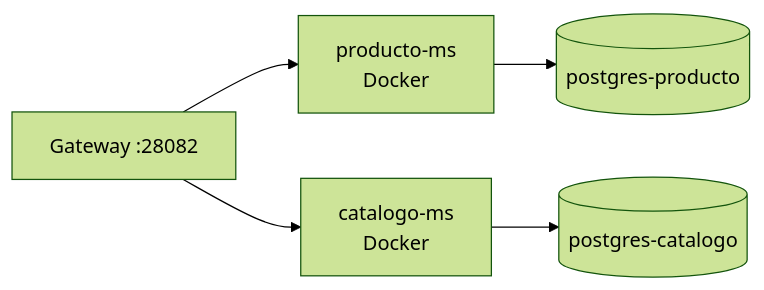
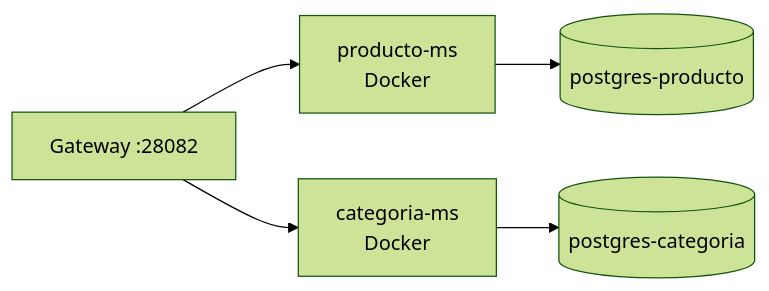
The second of 2 diagrams in docs/sesiones/s01-servicio-base-rest.md (erickmijael17/SmartCampus-Marketplace), drawn with Mermaid (forest theme) before and after one commit. The commit also changed other lines of this file and 23 other files, not shown here.

Commit message:
docs: update frontend and payment flows

````diff
--- a/docs/sesiones/s01-servicio-base-rest.md
+++ b/docs/sesiones/s01-servicio-base-rest.md
@@ -62,12 +62,12 @@
 ```mermaid
 flowchart LR
     GW["Gateway :28082"]
     Producto["producto-ms<br/>Docker"]
-    Catalogo["catalogo-ms<br/>Docker"]
+    Categoria["categoria-ms<br/>Docker"]
     DB1[("postgres-producto")]
-    DB2[("postgres-catalogo")]
+    DB2[("postgres-categoria")]
     GW --> Producto
-    GW --> Catalogo
+    GW --> Categoria
     Producto --> DB1
-    Catalogo --> DB2
+    Categoria --> DB2
 ```
````
